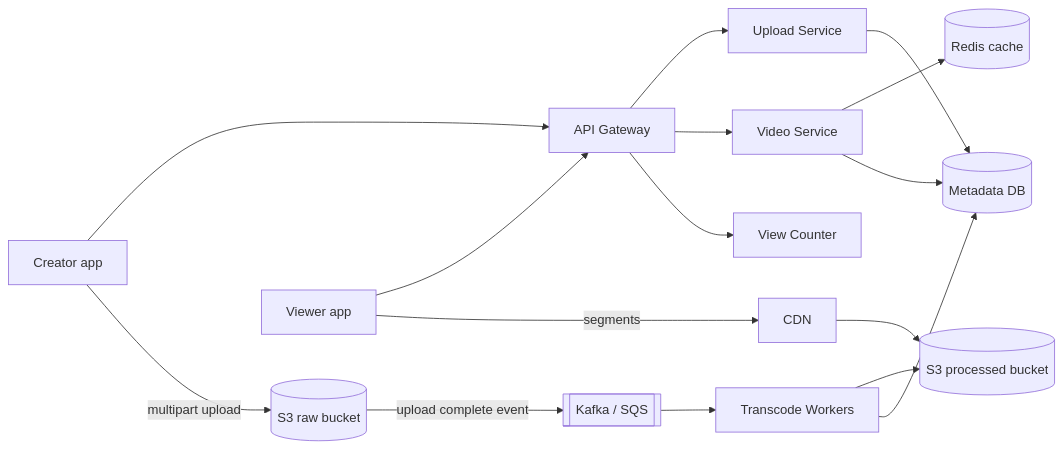
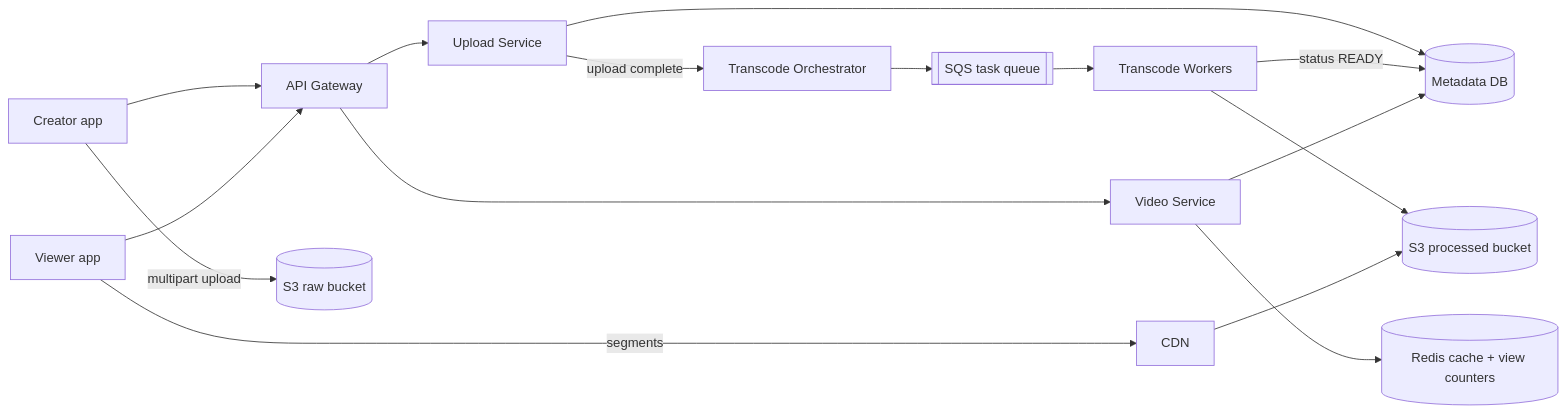
Before and after one commit to flow6979/system-design-prep: the first of 3 diagrams in content-en/02-questions/t1-07-youtube.md, drawn with Mermaid. The commit also changed other lines of this file and 61 other files, not shown here.

````diff
--- a/content-en/02-questions/t1-07-youtube.md
+++ b/content-en/02-questions/t1-07-youtube.md
@@ -79,18 +86,18 @@
 ```mermaid
 flowchart LR
   C["Creator app"] --> G["API Gateway"]
   C -- "multipart upload" --> RAW[("S3 raw bucket")]
   G --> US["Upload Service"]
   US --> MDB[("Metadata DB")]
-  RAW -- "upload complete event" --> Q[["Kafka / SQS"]]
+  US -- "upload complete" --> O["Transcode Orchestrator"]
+  O --> Q[["SQS task queue"]]
   Q --> TW["Transcode Workers"]
   TW --> OUT[("S3 processed bucket")]
-  TW --> MDB
+  TW -- "status READY" --> MDB
   V["Viewer app"] --> G
   G --> VS["Video Service"]
-  VS --> RC[("Redis cache")]
+  VS --> RC[("Redis cache + view counters")]
   VS --> MDB
   V -- "segments" --> CDN["CDN"]
   CDN --> OUT
-  G --> VC["View Counter"]
 ```
````
